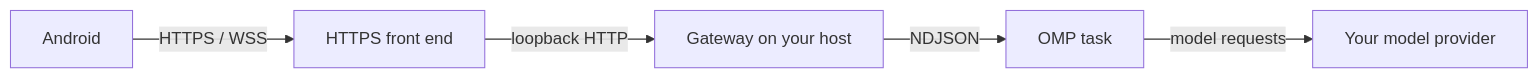
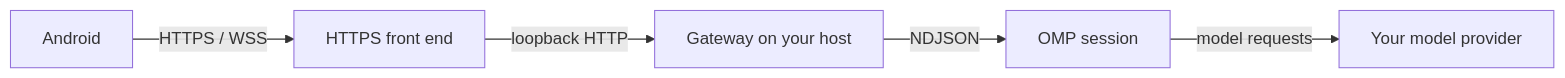
Before and after one commit to 3xian/PinkCollab: the diagram in README.md, drawn with Mermaid. The commit also changed other lines of this file and 34 other files, not shown here.

````diff
--- a/README.md
+++ b/README.md
@@ -31,7 +13,7 @@
 ```mermaid
 flowchart LR
     A[Android] -->|HTTPS / WSS| T[HTTPS front end]
     T -->|loopback HTTP| B[Gateway on your host]
-    B -->|NDJSON| C[OMP task]
+    B -->|NDJSON| C[OMP session]
     C -->|model requests| P[Your model provider]
 ```
````
